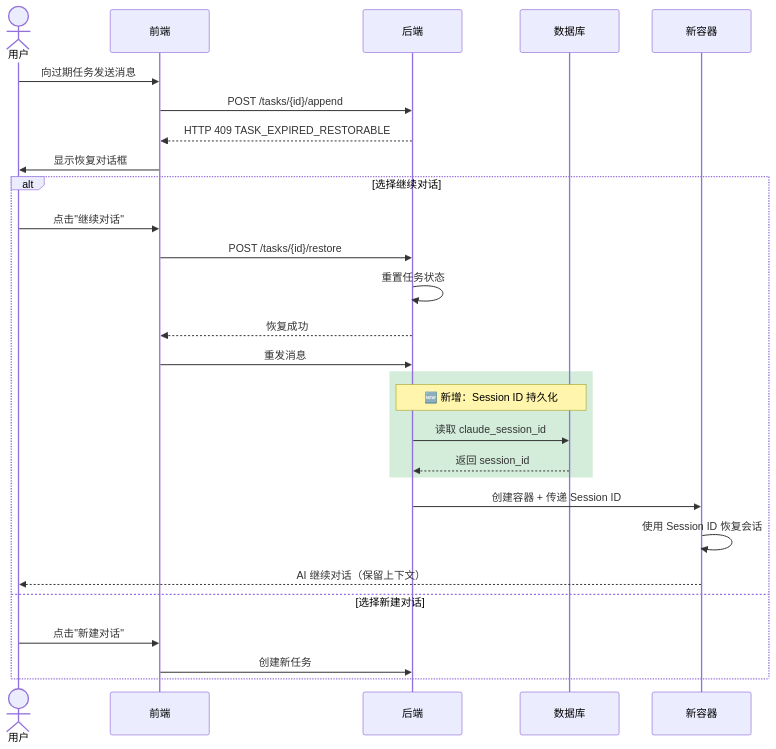
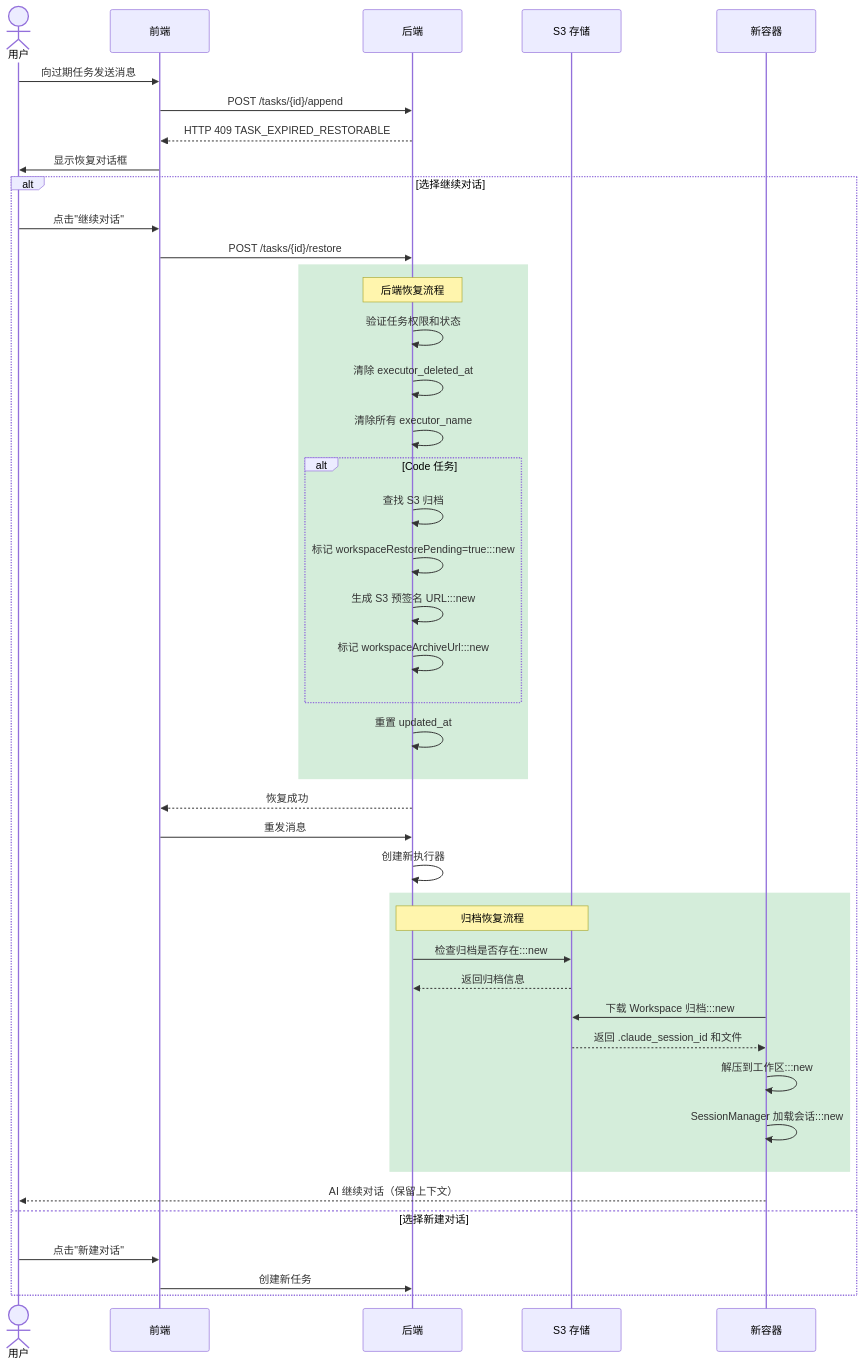
One commit to wecode-ai/Wegent changed the second of 9 diagrams in docs/zh/features/task-restore.md. Above: the diagram before and after it, drawn with Mermaid. The commit also changed other lines of this file and 6 other files, not shown here.

````diff
--- a/docs/zh/features/task-restore.md
+++ b/docs/zh/features/task-restore.md
@@ -47,32 +74,56 @@
 ```mermaid
 sequenceDiagram
     actor 用户
     participant 前端
     participant 后端
-    participant 数据库
+    participant S3 as S3 存储
     participant 新容器
 
     用户->>前端: 向过期任务发送消息
     前端->>后端: POST /tasks/{id}/append
     后端-->>前端: HTTP 409 TASK_EXPIRED_RESTORABLE
     前端->>用户: 显示恢复对话框
 
     alt 选择继续对话
         用户->>前端: 点击"继续对话"
         前端->>后端: POST /tasks/{id}/restore
-        后端->>后端: 重置任务状态
+
+        rect rgb(212, 237, 218)
+            Note over 后端: 后端恢复流程
+            后端->>后端: 验证任务权限和状态
+            后端->>后端: 清除 executor_deleted_at
+            后端->>后端: 清除所有 executor_name
+
+            alt Code 任务
+                后端->>后端: 查找 S3 归档
+                后端->>后端: 标记 workspaceRestorePending=true:::new
+                后端->>后端: 生成 S3 预签名 URL:::new
+                后端->>后端: 标记 workspaceArchiveUrl:::new
+            end
+
+            后端->>后端: 重置 updated_at
+        end
+
         后端-->>前端: 恢复成功
         前端->>后端: 重发消息
+        后端->>后端: 创建新执行器
+
         rect rgb(212, 237, 218)
-            Note over 后端,数据库: 🆕 新增：Session ID 持久化
-            后端->>数据库: 读取 claude_session_id
-            数据库-->>后端: 返回 session_id
+            Note over 后端,S3: 归档恢复流程
+            后端->>S3: 检查归档是否存在:::new
+            S3-->>后端: 返回归档信息
+
+            新容器->>S3: 下载 Workspace 归档:::new
+            S3-->>新容器: 返回 .claude_session_id 和文件
+
+            新容器->>新容器: 解压到工作区:::new
+            新容器->>新容器: SessionManager 加载会话:::new
         end
-        后端->>新容器: 创建容器 + 传递 Session ID
-        新容器->>新容器: 使用 Session ID 恢复会话
+
         新容器-->>用户: AI 继续对话（保留上下文）
+
     else 选择新建对话
         用户->>前端: 点击"新建对话"
         前端->>后端: 创建新任务
     end
 ```
````
